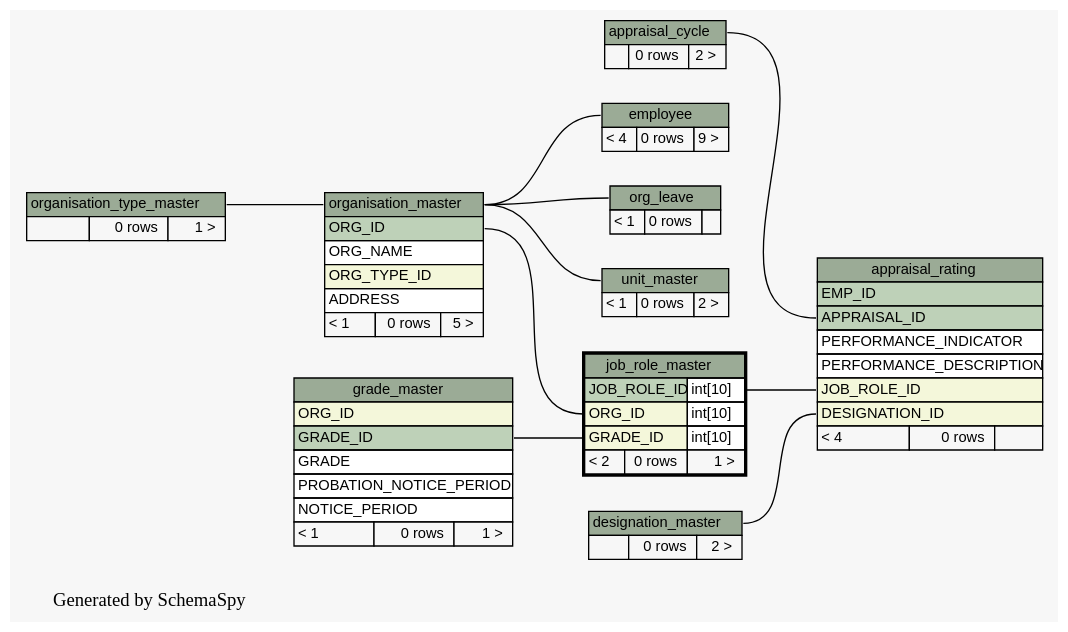
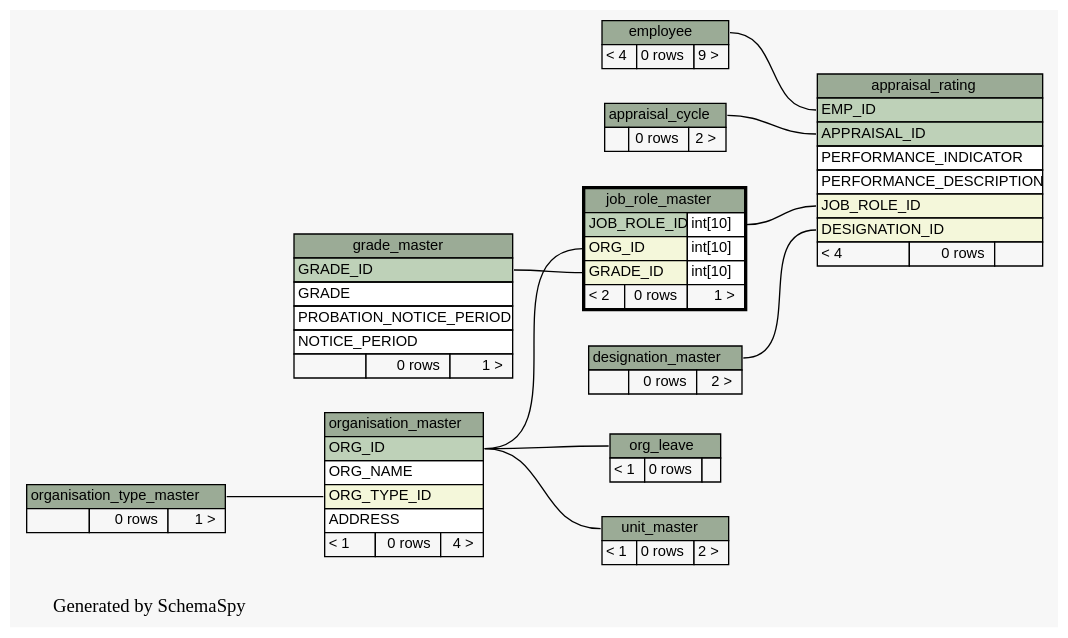
The diagram in docs/database/schemaspy/graphs/job_role_master.2degrees.dot (engineerscraft/hrms), drawn with Graphviz before and after one commit. The commit also changed 121 other files, not shown here.

Commit message:
dropped ORG_ID from GRADE_MASTER and generated doc

```diff
--- a/docs/database/schemaspy/graphs/job_role_master.2degrees.dot
+++ b/docs/database/schemaspy/graphs/job_role_master.2degrees.dot
@@ -1,134 +1,133 @@
 // dot 2.38.0 on Windows 7 6.1
 digraph "twoDegreesRelationshipsGraph" {
   graph [
     rankdir="RL"
     bgcolor="#f7f7f7"
     label="\nGenerated by SchemaSpy"
     labeljust="l"
   ];
   node [
     fontname="Helvetica"
     fontsize="11"
     shape="plaintext"
   ];
   edge [
     arrowsize="0.8"
   ];
   "appraisal_rating":"APPRAISAL_ID":w -> "appraisal_cycle":"appraisal_cycle.heading":e [arrowtail=crowtee arrowhead=none];
   "appraisal_rating":"DESIGNATION_ID":w -> "designation_master":"designation_master.heading":e [arrowtail=crowodot arrowhead=none];
+  "appraisal_rating":"EMP_ID":w -> "employee":"employee.heading":e [arrowtail=crowtee arrowhead=none];
   "appraisal_rating":"JOB_ROLE_ID":w -> "job_role_master":"JOB_ROLE_ID.type":e [arrowtail=crowodot arrowhead=none];
-  "employee":"employee.heading":w -> "organisation_master":"organisation_master.heading":e [arrowtail=crowodot arrowhead=none];
   "job_role_master":"GRADE_ID":w -> "grade_master":"GRADE_ID":e [arrowtail=crowodot arrowhead=none];
   "job_role_master":"ORG_ID":w -> "organisation_master":"ORG_ID":e [arrowtail=crowodot arrowhead=none];
-  "org_leave":"org_leave.heading":w -> "organisation_master":"organisation_master.heading":e [arrowtail=crowodot arrowhead=none];
-  "organisation_master":"organisation_master.heading":w -> "organisation_type_master":"organisation_type_master.heading":e [arrowtail=crowodot arrowhead=none];
-  "unit_master":"unit_master.heading":w -> "organisation_master":"organisation_master.heading":e [arrowtail=crowodot arrowhead=none];
+  "org_leave":"org_leave.heading":w -> "organisation_master":"ORG_ID":e [arrowtail=crowodot arrowhead=none];
+  "organisation_master":"ORG_TYPE_ID":w -> "organisation_type_master":"organisation_type_master.heading":e [arrowtail=crowodot arrowhead=none];
+  "unit_master":"unit_master.heading":w -> "organisation_master":"ORG_ID":e [arrowtail=crowodot arrowhead=none];
   "appraisal_cycle" [
     label=<
     <TABLE BORDER="0" CELLBORDER="1" CELLSPACING="0" BGCOLOR="#ffffff">
       <TR><TD PORT="appraisal_cycle.heading" COLSPAN="3" BGCOLOR="#9bab96" ALIGN="CENTER">appraisal_cycle</TD></TR>
       <TR><TD ALIGN="LEFT" BGCOLOR="#f7f7f7">  </TD><TD ALIGN="RIGHT" BGCOLOR="#f7f7f7">0 rows</TD><TD ALIGN="RIGHT" BGCOLOR="#f7f7f7">2 &gt;</TD></TR>
     </TABLE>>
     URL="appraisal_cycle.html#graph"
     tooltip="appraisal_cycle"
   ];
   "appraisal_rating" [
     label=<
     <TABLE BORDER="0" CELLBORDER="1" CELLSPACING="0" BGCOLOR="#ffffff">
       <TR><TD PORT="appraisal_rating.heading" COLSPAN="3" BGCOLOR="#9bab96" ALIGN="CENTER">appraisal_rating</TD></TR>
       <TR><TD PORT="EMP_ID" COLSPAN="3" BGCOLOR="#bed1b8" ALIGN="LEFT">EMP_ID</TD></TR>
       <TR><TD PORT="APPRAISAL_ID" COLSPAN="3" BGCOLOR="#bed1b8" ALIGN="LEFT">APPRAISAL_ID</TD></TR>
       <TR><TD PORT="PERFORMANCE_INDICATOR" COLSPAN="3" ALIGN="LEFT">PERFORMANCE_INDICATOR</TD></TR>
       <TR><TD PORT="PERFORMANCE_DESCRIPTION" COLSPAN="3" ALIGN="LEFT">PERFORMANCE_DESCRIPTION</TD></TR>
       <TR><TD PORT="JOB_ROLE_ID" COLSPAN="3" BGCOLOR="#f4f7da" ALIGN="LEFT">JOB_ROLE_ID</TD></TR>
       <TR><TD PORT="DESIGNATION_ID" COLSPAN="3" BGCOLOR="#f4f7da" ALIGN="LEFT">DESIGNATION_ID</TD></TR>
       <TR><TD ALIGN="LEFT" BGCOLOR="#f7f7f7">&lt; 4</TD><TD ALIGN="RIGHT" BGCOLOR="#f7f7f7">0 rows</TD><TD ALIGN="RIGHT" BGCOLOR="#f7f7f7">  </TD></TR>
     </TABLE>>
     URL="appraisal_rating.html#graph"
     tooltip="appraisal_rating"
   ];
   "designation_master" [
     label=<
     <TABLE BORDER="0" CELLBORDER="1" CELLSPACING="0" BGCOLOR="#ffffff">
       <TR><TD PORT="designation_master.heading" COLSPAN="3" BGCOLOR="#9bab96" ALIGN="CENTER">designation_master</TD></TR>
       <TR><TD ALIGN="LEFT" BGCOLOR="#f7f7f7">  </TD><TD ALIGN="RIGHT" BGCOLOR="#f7f7f7">0 rows</TD><TD ALIGN="RIGHT" BGCOLOR="#f7f7f7">2 &gt;</TD></TR>
     </TABLE>>
     URL="designation_master.html#graph"
     tooltip="designation_master"
   ];
   "employee" [
     label=<
     <TABLE BORDER="0" CELLBORDER="1" CELLSPACING="0" BGCOLOR="#ffffff">
       <TR><TD PORT="employee.heading" COLSPAN="3" BGCOLOR="#9bab96" ALIGN="CENTER">employee</TD></TR>
       <TR><TD ALIGN="LEFT" BGCOLOR="#f7f7f7">&lt; 4</TD><TD ALIGN="RIGHT" BGCOLOR="#f7f7f7">0 rows</TD><TD ALIGN="RIGHT" BGCOLOR="#f7f7f7">9 &gt;</TD></TR>
     </TABLE>>
     URL="employee.html#graph"
     tooltip="employee"
   ];
   "grade_master" [
     label=<
     <TABLE BORDER="0" CELLBORDER="1" CELLSPACING="0" BGCOLOR="#ffffff">
       <TR><TD PORT="grade_master.heading" COLSPAN="3" BGCOLOR="#9bab96" ALIGN="CENTER">grade_master</TD></TR>
-      <TR><TD PORT="ORG_ID" COLSPAN="3" BGCOLOR="#f4f7da" ALIGN="LEFT">ORG_ID</TD></TR>
       <TR><TD PORT="GRADE_ID" COLSPAN="3" BGCOLOR="#bed1b8" ALIGN="LEFT">GRADE_ID</TD></TR>
       <TR><TD PORT="GRADE" COLSPAN="3" ALIGN="LEFT">GRADE</TD></TR>
       <TR><TD PORT="PROBATION_NOTICE_PERIOD" COLSPAN="3" ALIGN="LEFT">PROBATION_NOTICE_PERIOD</TD></TR>
       <TR><TD PORT="NOTICE_PERIOD" COLSPAN="3" ALIGN="LEFT">NOTICE_PERIOD</TD></TR>
-      <TR><TD ALIGN="LEFT" BGCOLOR="#f7f7f7">&lt; 1</TD><TD ALIGN="RIGHT" BGCOLOR="#f7f7f7">0 rows</TD><TD ALIGN="RIGHT" BGCOLOR="#f7f7f7">1 &gt;</TD></TR>
+      <TR><TD ALIGN="LEFT" BGCOLOR="#f7f7f7">  </TD><TD ALIGN="RIGHT" BGCOLOR="#f7f7f7">0 rows</TD><TD ALIGN="RIGHT" BGCOLOR="#f7f7f7">1 &gt;</TD></TR>
     </TABLE>>
     URL="grade_master.html#graph"
     tooltip="grade_master"
   ];
   "job_role_master" [
     label=<
     <TABLE BORDER="2" CELLBORDER="1" CELLSPACING="0" BGCOLOR="#ffffff">
       <TR><TD PORT="job_role_master.heading" COLSPAN="3" BGCOLOR="#9bab96" ALIGN="CENTER">job_role_master</TD></TR>
       <TR><TD PORT="JOB_ROLE_ID" COLSPAN="2" BGCOLOR="#bed1b8" ALIGN="LEFT">JOB_ROLE_ID</TD><TD PORT="JOB_ROLE_ID.type" ALIGN="LEFT">int[10]</TD></TR>
       <TR><TD PORT="ORG_ID" COLSPAN="2" BGCOLOR="#f4f7da" ALIGN="LEFT">ORG_ID</TD><TD PORT="ORG_ID.type" ALIGN="LEFT">int[10]</TD></TR>
       <TR><TD PORT="GRADE_ID" COLSPAN="2" BGCOLOR="#f4f7da" ALIGN="LEFT">GRADE_ID</TD><TD PORT="GRADE_ID.type" ALIGN="LEFT">int[10]</TD></TR>
       <TR><TD ALIGN="LEFT" BGCOLOR="#f7f7f7">&lt; 2</TD><TD ALIGN="RIGHT" BGCOLOR="#f7f7f7">0 rows</TD><TD ALIGN="RIGHT" BGCOLOR="#f7f7f7">1 &gt;</TD></TR>
     </TABLE>>
     URL="job_role_master.html#"
     tooltip="job_role_master"
   ];
   "org_leave" [
     label=<
     <TABLE BORDER="0" CELLBORDER="1" CELLSPACING="0" BGCOLOR="#ffffff">
       <TR><TD PORT="org_leave.heading" COLSPAN="3" BGCOLOR="#9bab96" ALIGN="CENTER">org_leave</TD></TR>
       <TR><TD ALIGN="LEFT" BGCOLOR="#f7f7f7">&lt; 1</TD><TD ALIGN="RIGHT" BGCOLOR="#f7f7f7">0 rows</TD><TD ALIGN="RIGHT" BGCOLOR="#f7f7f7">  </TD></TR>
     </TABLE>>
     URL="org_leave.html#graph"
     tooltip="org_leave"
   ];
   "organisation_master" [
     label=<
     <TABLE BORDER="0" CELLBORDER="1" CELLSPACING="0" BGCOLOR="#ffffff">
       <TR><TD PORT="organisation_master.heading" COLSPAN="3" BGCOLOR="#9bab96" ALIGN="CENTER">organisation_master</TD></TR>
       <TR><TD PORT="ORG_ID" COLSPAN="3" BGCOLOR="#bed1b8" ALIGN="LEFT">ORG_ID</TD></TR>
       <TR><TD PORT="ORG_NAME" COLSPAN="3" ALIGN="LEFT">ORG_NAME</TD></TR>
       <TR><TD PORT="ORG_TYPE_ID" COLSPAN="3" BGCOLOR="#f4f7da" ALIGN="LEFT">ORG_TYPE_ID</TD></TR>
       <TR><TD PORT="ADDRESS" COLSPAN="3" ALIGN="LEFT">ADDRESS</TD></TR>
-      <TR><TD ALIGN="LEFT" BGCOLOR="#f7f7f7">&lt; 1</TD><TD ALIGN="RIGHT" BGCOLOR="#f7f7f7">0 rows</TD><TD ALIGN="RIGHT" BGCOLOR="#f7f7f7">5 &gt;</TD></TR>
+      <TR><TD ALIGN="LEFT" BGCOLOR="#f7f7f7">&lt; 1</TD><TD ALIGN="RIGHT" BGCOLOR="#f7f7f7">0 rows</TD><TD ALIGN="RIGHT" BGCOLOR="#f7f7f7">4 &gt;</TD></TR>
     </TABLE>>
     URL="organisation_master.html#graph"
     tooltip="organisation_master"
   ];
   "organisation_type_master" [
     label=<
     <TABLE BORDER="0" CELLBORDER="1" CELLSPACING="0" BGCOLOR="#ffffff">
       <TR><TD PORT="organisation_type_master.heading" COLSPAN="3" BGCOLOR="#9bab96" ALIGN="CENTER">organisation_type_master</TD></TR>
       <TR><TD ALIGN="LEFT" BGCOLOR="#f7f7f7">  </TD><TD ALIGN="RIGHT" BGCOLOR="#f7f7f7">0 rows</TD><TD ALIGN="RIGHT" BGCOLOR="#f7f7f7">1 &gt;</TD></TR>
     </TABLE>>
     URL="organisation_type_master.html#graph"
     tooltip="organisation_type_master"
   ];
   "unit_master" [
     label=<
     <TABLE BORDER="0" CELLBORDER="1" CELLSPACING="0" BGCOLOR="#ffffff">
       <TR><TD PORT="unit_master.heading" COLSPAN="3" BGCOLOR="#9bab96" ALIGN="CENTER">unit_master</TD></TR>
       <TR><TD ALIGN="LEFT" BGCOLOR="#f7f7f7">&lt; 1</TD><TD ALIGN="RIGHT" BGCOLOR="#f7f7f7">0 rows</TD><TD ALIGN="RIGHT" BGCOLOR="#f7f7f7">2 &gt;</TD></TR>
     </TABLE>>
     URL="unit_master.html#graph"
     tooltip="unit_master"
   ];
 }
```
